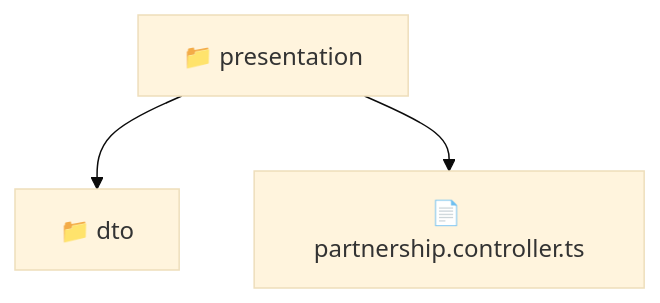
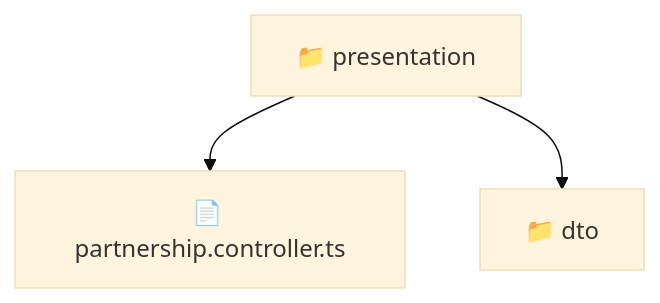
One commit to beginwebdev2002/fullstack-mavluda changed the diagram in backend/src/modules/partnership/presentation/README.md. Above: the diagram before and after it, drawn with Mermaid (base theme). The commit also changed other lines of this file and 166 other files, not shown here.

First line of the commit message:
docs: generate repository-wide architectural README files

````diff
--- a/backend/src/modules/partnership/presentation/README.md
+++ b/backend/src/modules/partnership/presentation/README.md
@@ -9,6 +11,8 @@
 ```mermaid
 graph TD
-  Root["📁 presentation"]
-  Root --> dto["📁 dto"]
-  Root --> partnership_controller_ts["📄 partnership.controller.ts"]
+  f_Root_presentation["📁 presentation"]
+  f_partnership_controller_ts["📄 partnership.controller.ts"]
+  f_Root_presentation --> f_partnership_controller_ts
+  f_Dir_dto["📁 dto"]
+  f_Root_presentation --> f_Dir_dto
 ```
````
